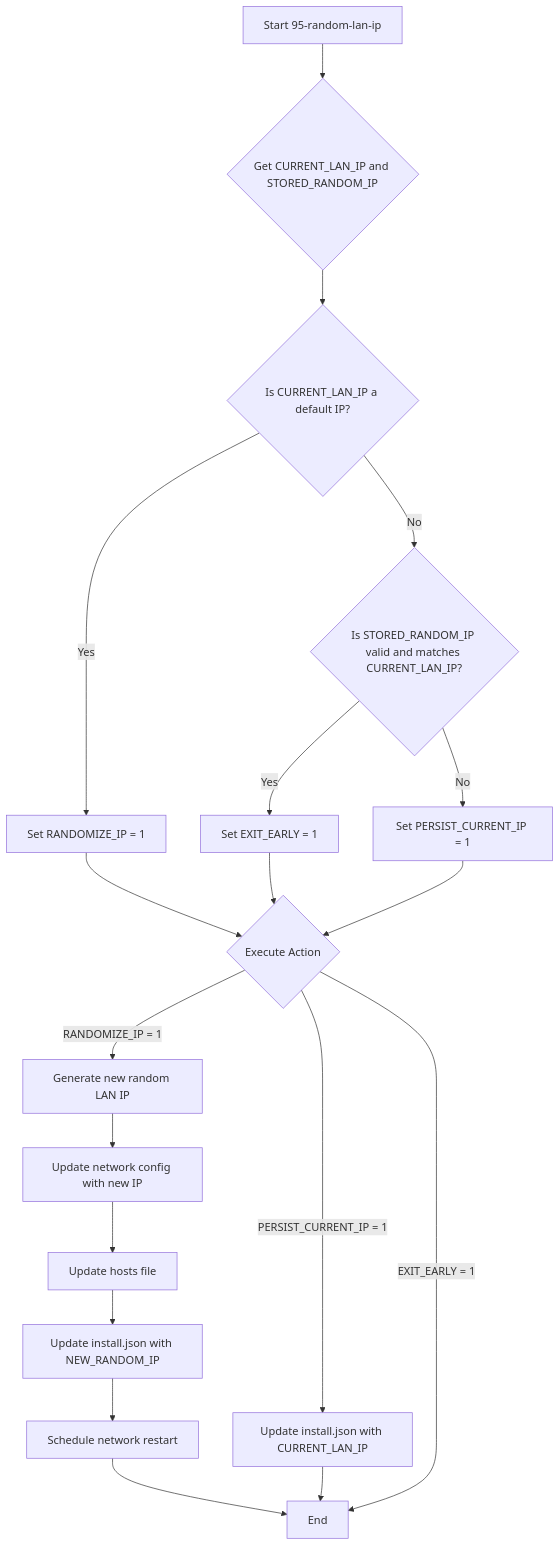
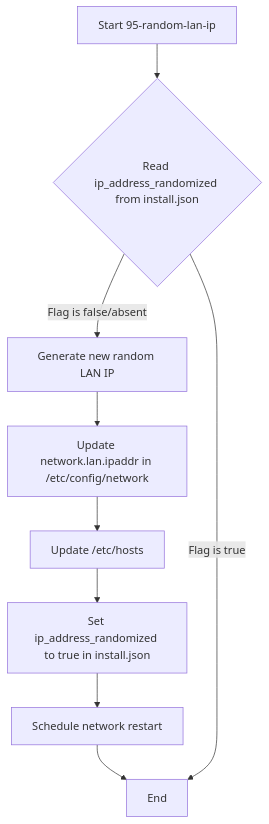
One commit to OpenTollGate/tollgate-module-basic-go changed the diagram in docs/HLDD_IP_Randomization_Enhancement.md. Above: the diagram before and after it, drawn with Mermaid. The commit also changed other lines of this file and 4 other files, not shown here.

````diff
--- a/docs/HLDD_IP_Randomization_Enhancement.md
+++ b/docs/HLDD_IP_Randomization_Enhancement.md
@@ -53,25 +39,12 @@
 ```mermaid
 graph TD
-    A[Start 95-random-lan-ip] --> B{Get CURRENT_LAN_IP and STORED_RANDOM_IP}
-    B --> C{Is CURRENT_LAN_IP a default IP?}
-    C -- Yes --> D[Set RANDOMIZE_IP = 1]
-    C -- No --> E{Is STORED_RANDOM_IP valid and matches CURRENT_LAN_IP?}
-    E -- Yes --> F[Set EXIT_EARLY = 1]
-    E -- No --> G[Set PERSIST_CURRENT_IP = 1]
+    A[Start 95-random-lan-ip] --> B{Read ip_address_randomized from install.json}
+    B -- Flag is false/absent --> C[Generate new random LAN IP]
+    C --> D[Update network.lan.ipaddr in /etc/config/network]
+    D --> E[Update /etc/hosts]
+    E --> F[Set ip_address_randomized to true in install.json]
+    F --> G[Schedule network restart]
+    G --> H[End]
 
-    D --> H{Execute Action}
-    F --> H
-    G --> H
-
-    H -- RANDOMIZE_IP = 1 --> I[Generate new random LAN IP]
-    I --> J[Update network config with new IP]
-    J --> K[Update hosts file]
-    K --> L[Update install.json with NEW_RANDOM_IP]
-    L --> M[Schedule network restart]
-    M --> N[End]
-
-    H -- PERSIST_CURRENT_IP = 1 --> O[Update install.json with CURRENT_LAN_IP]
-    O --> N
-
-    H -- EXIT_EARLY = 1 --> N
+    B -- Flag is true --> H[End]
 ```
````
